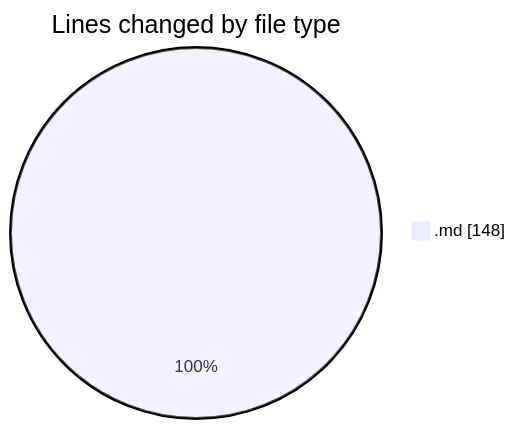
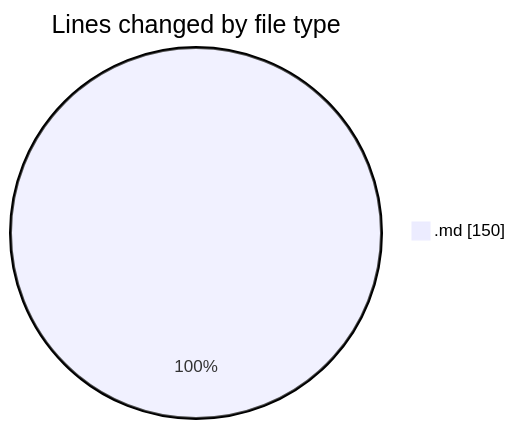
The first of 2 diagrams in 2025-07-11/urlwebwala_intership_work/README.md (Ritupan-Deka/code-tracking), drawn with Mermaid before and after one commit. The commit also changed other lines of this file and 1 other file, not shown here.

````diff
--- a/2025-07-11/urlwebwala_intership_work/README.md
+++ b/2025-07-11/urlwebwala_intership_work/README.md
@@ -20,5 +20,5 @@
 ```mermaid
 pie showData
 title Lines changed by file type
-".md" : 148
+".md" : 150
 ```
````
